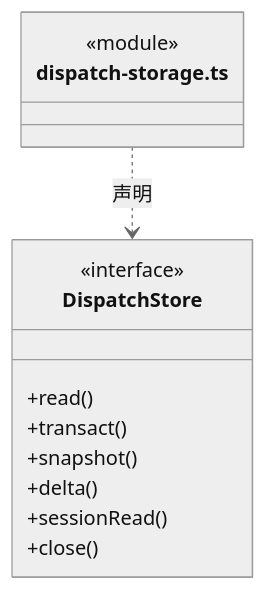
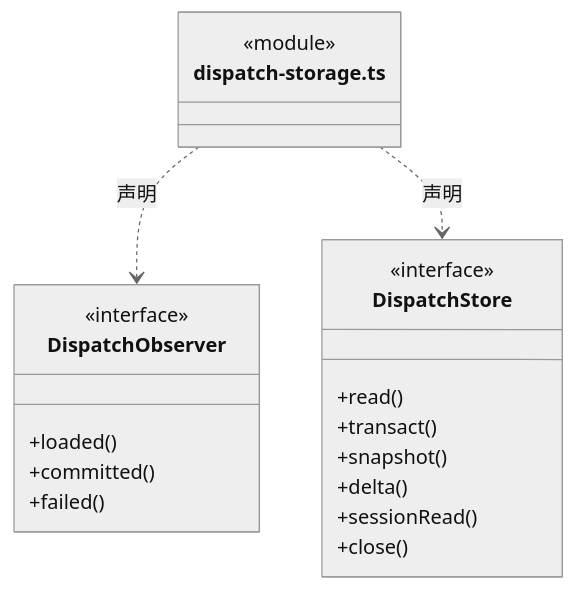
One commit to nan023062/cbim changed the ninth of 60 diagrams in src/backend/core/tasks/ARCHITECTURE.md. Above: the diagram before and after it, drawn with Mermaid (neutral theme). The commit also changed other lines of this file and 47 other files, not shown here.

````diff
--- a/src/backend/core/tasks/ARCHITECTURE.md
+++ b/src/backend/core/tasks/ARCHITECTURE.md
@@ -271,16 +275,23 @@
 ```mermaid
 classDiagram
 class N_src_backend_core_tasks_dispatch_storage_ts["dispatch-storage.ts"] {
   <<module>>
 }
+class N_src_backend_core_tasks_dispatch_storage_ts_DispatchObserver["DispatchObserver"] {
+  <<interface>>
+  +loaded()
+  +committed()
+  +failed()
+}
+N_src_backend_core_tasks_dispatch_storage_ts ..> N_src_backend_core_tasks_dispatch_storage_ts_DispatchObserver : 声明
 class N_src_backend_core_tasks_dispatch_storage_ts_DispatchStore["DispatchStore"] {
   <<interface>>
   +read()
   +transact()
   +snapshot()
   +delta()
   +sessionRead()
   +close()
 }
 N_src_backend_core_tasks_dispatch_storage_ts ..> N_src_backend_core_tasks_dispatch_storage_ts_DispatchStore : 声明
 ```
````
